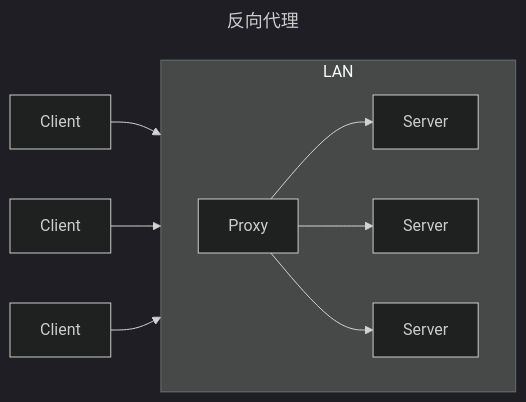
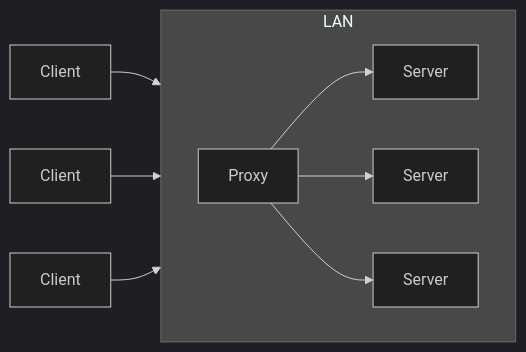
Before and after one commit to haroldzkx/minedocs: the second of 2 diagrams in web/proxy.md, drawn with Mermaid (dark theme). The commit also changed other lines of this file and 5 other files, not shown here.

````diff
--- a/web/proxy.md
+++ b/web/proxy.md
@@ -25,26 +24,22 @@
 ```mermaid
----
-title: 反向代理
----
 graph LR
 
 A[Client]
 B[Client]
 C[Client]
 
 subgraph LAN
     direction LR
     P[Proxy]
     S1[Server]
     S2[Server]
     S3[Server]
 end
 
-
 A --> P
 B --> P
 C --> P
 P --> S1
 P --> S2
 P --> S3
 ```
````
